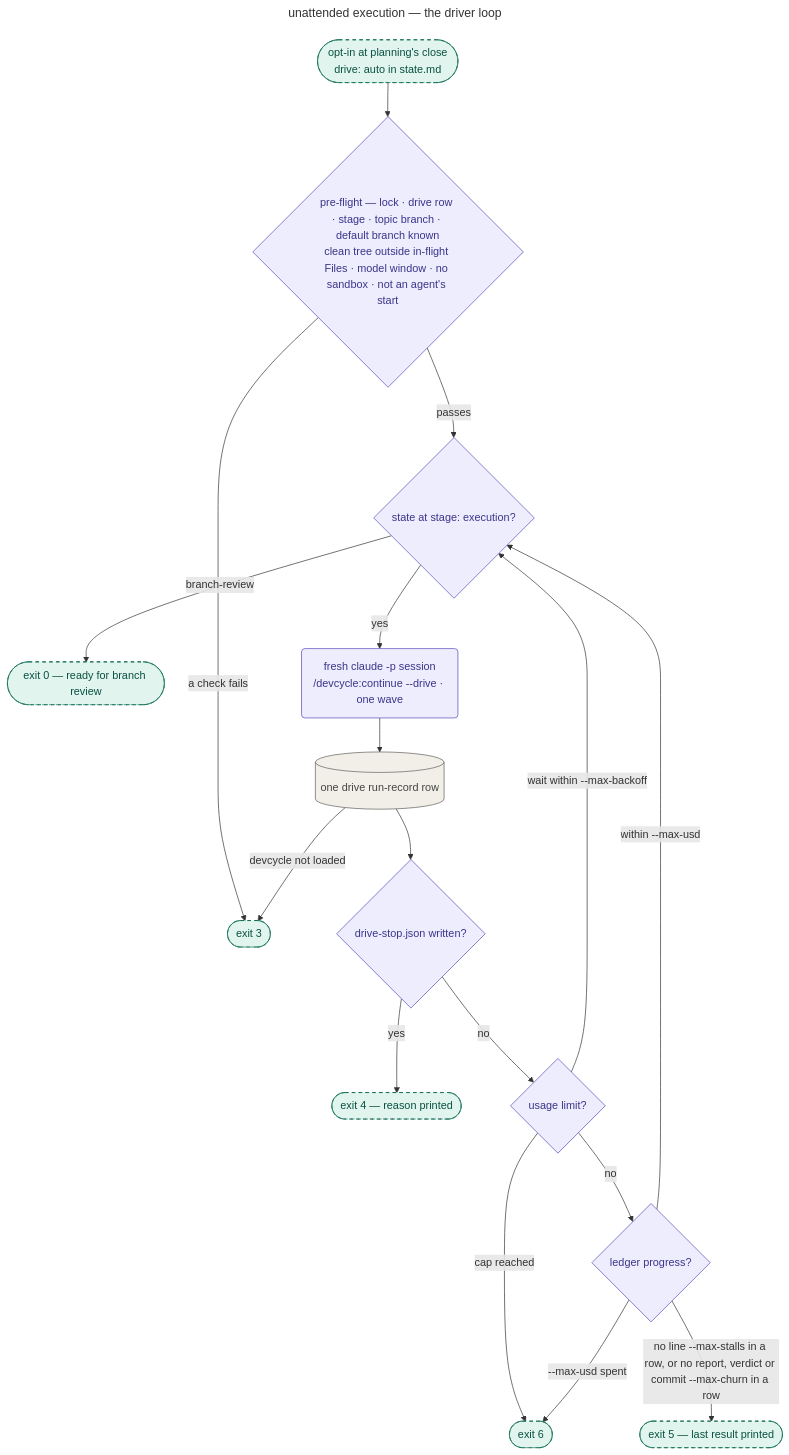
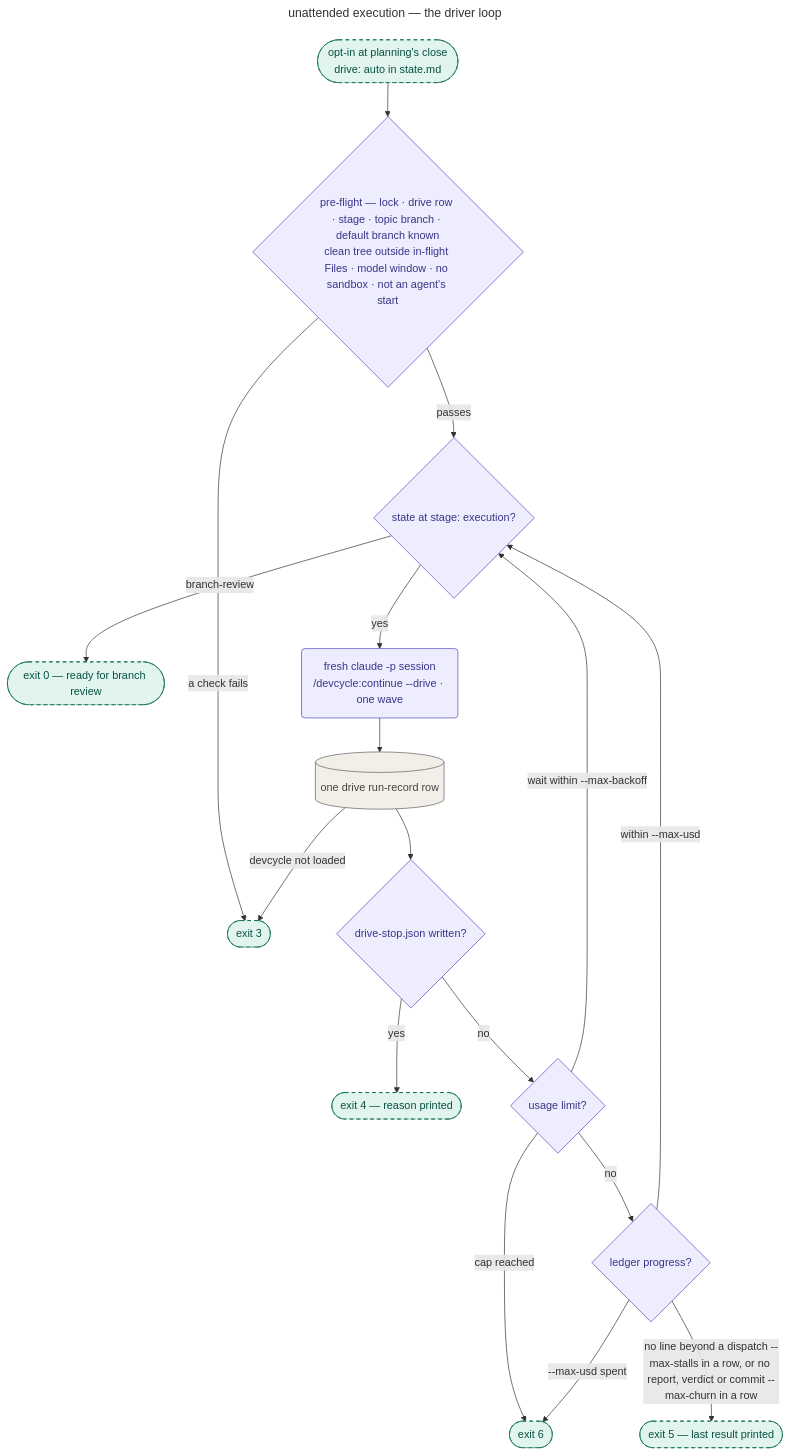
One commit to KonstantinRoehrl/devcycle changed the second of 2 diagrams in docs/pipeline/README.md. Above: the diagram before and after it, drawn with Mermaid. The commit also changed 12 other files, not shown here.

First line of the commit message:
fix(drive): price killed sessions' subagent output, count dispatch-only sessions as stalls and honour CLAUDE_CONFIG_DIR

````diff
--- a/docs/pipeline/README.md
+++ b/docs/pipeline/README.md
@@ -221,28 +221,28 @@
 ```mermaid
 ---
 title: unattended execution — the driver loop
 accDescr: Flowchart of the execution driver. After the user opts in at planning's close, a fail-closed pre-flight runs; then, while the state is at execution, the driver starts one fresh claude -p session per wave, records it, and ends on a stop the session signalled, a usage limit past its cap, too many sessions in a row without ledger progress, or the dollar cap, succeeding only when the state reaches branch review.
 ---
 flowchart TD
     OPT(["opt-in at planning's close<br/>drive: auto in state.md"]):::tool
     OPT --> PRE{"pre-flight — lock · drive row · stage · topic branch · default branch known<br/>clean tree outside in-flight Files · model window · no sandbox · not an agent's start"}:::stage
     PRE -->|"a check fails"| E3(["exit 3"]):::tool
     PRE -->|passes| STAGE{"state at stage: execution?"}:::stage
     STAGE -->|"branch-review"| E0(["exit 0 — ready for branch review"]):::tool
     STAGE -->|yes| SESSION("fresh claude -p session<br/>/devcycle:continue --drive · one wave"):::stage
     SESSION --> REC[("one drive run-record row")]:::structural
     REC -->|"devcycle not loaded"| E3
     REC --> STOPQ{"drive-stop.json written?"}:::stage
     STOPQ -->|yes| E4(["exit 4 — reason printed"]):::tool
     STOPQ -->|no| LIMIT{"usage limit?"}:::stage
     LIMIT -->|"wait within --max-backoff"| STAGE
     LIMIT -->|"cap reached"| E6(["exit 6"]):::tool
     LIMIT -->|no| PROG{"ledger progress?"}:::stage
-    PROG -->|"no line --max-stalls in a row, or no report, verdict or commit --max-churn in a row"| E5(["exit 5 — last result printed"]):::tool
+    PROG -->|"no line beyond a dispatch --max-stalls in a row, or no report, verdict or commit --max-churn in a row"| E5(["exit 5 — last result printed"]):::tool
     PROG -->|"within --max-usd"| STAGE
     PROG -->|"--max-usd spent"| E6
 
     classDef stage fill:#EEEDFE,stroke:#534AB7,color:#3C3489;
     classDef tool fill:#E1F5EE,stroke:#0F6E56,color:#085041,stroke-dasharray:5 5;
     classDef structural fill:#F1EFE8,stroke:#5F5E5A,color:#444441;
 ```
````
